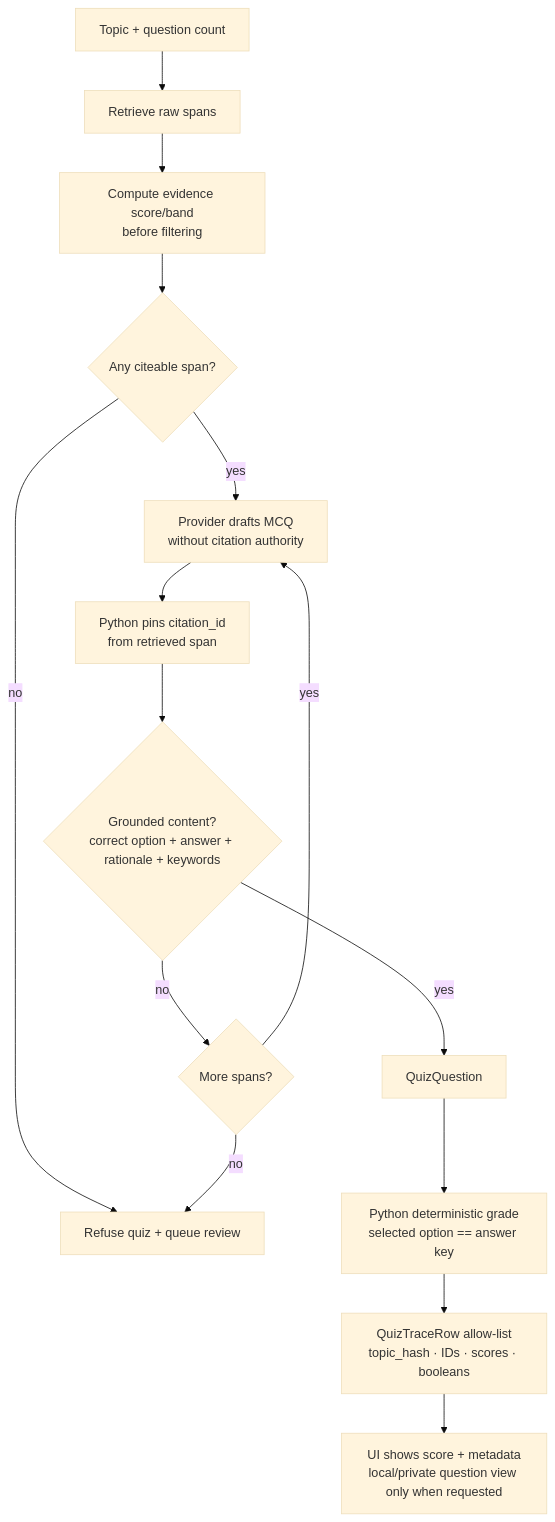
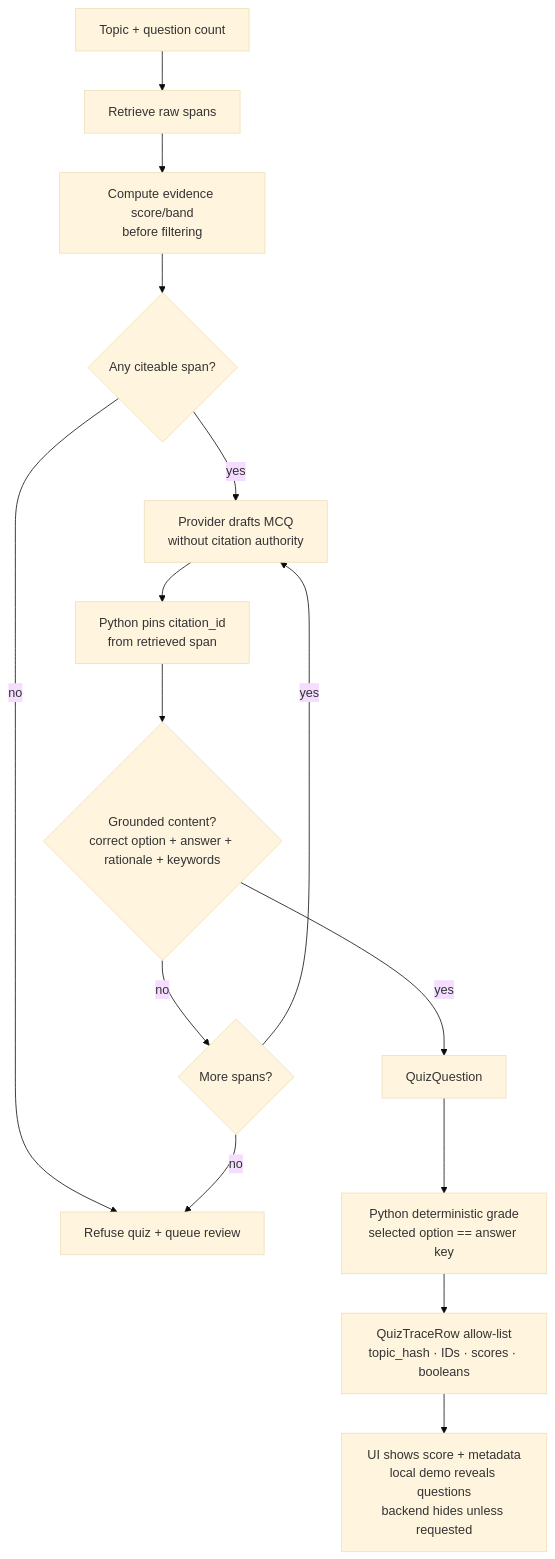
One commit to manjunath84/genacademy-coach changed the seventh of 13 diagrams in docs/architecture-diagrams.md. Above: the diagram before and after it, drawn with Mermaid (base theme). The commit also changed 3 other files, not shown here.

````diff
--- a/docs/architecture-diagrams.md
+++ b/docs/architecture-diagrams.md
@@ -281,17 +281,17 @@
 ```mermaid
 flowchart TD
     Topic["Topic + question count"] --> Retrieve["Retrieve raw spans"]
     Retrieve --> Score["Compute evidence score/band\nbefore filtering"]
     Score --> Citeable{"Any citeable span?"}
     Citeable -->|no| Refuse["Refuse quiz + queue review"]
     Citeable -->|yes| Draft["Provider drafts MCQ\nwithout citation authority"]
     Draft --> Pin["Python pins citation_id\nfrom retrieved span"]
     Pin --> Validate{"Grounded content?\ncorrect option + answer + rationale + keywords"}
     Validate -->|no| NextSpan{"More spans?"}
     NextSpan -->|yes| Draft
     NextSpan -->|no| Refuse
     Validate -->|yes| Question["QuizQuestion"]
     Question --> Grade["Python deterministic grade\nselected option == answer key"]
     Grade --> Trace["QuizTraceRow allow-list\ntopic_hash · IDs · scores · booleans"]
-    Trace --> UI["UI shows score + metadata\nlocal/private question view only when requested"]
+    Trace --> UI["UI shows score + metadata\nlocal demo reveals questions\nbackend hides unless requested"]
 ```
````
